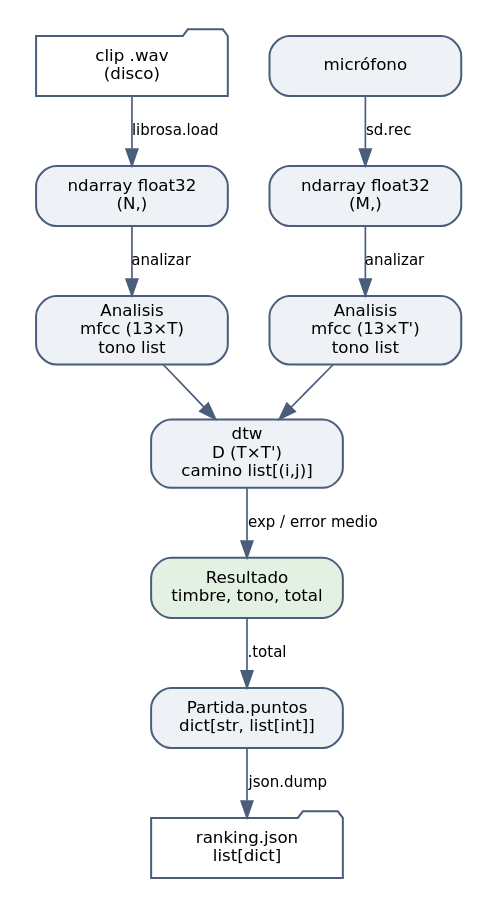
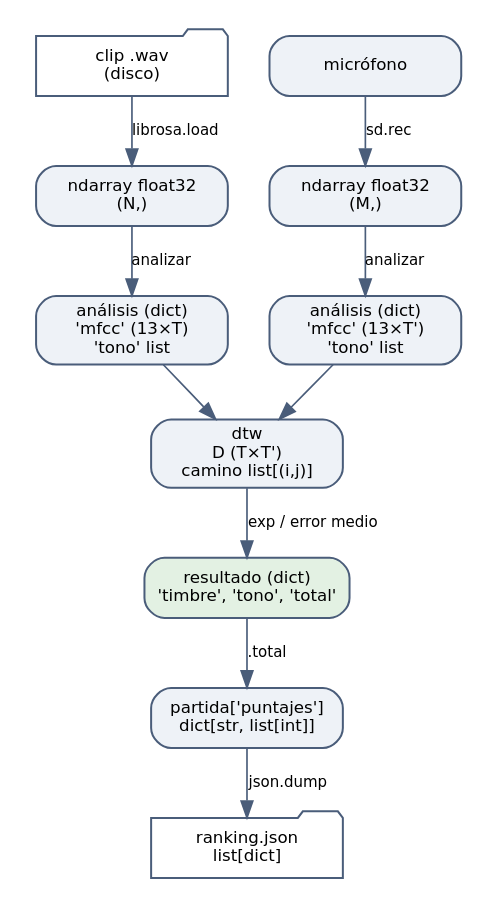
The diagram in docs/diagramas/datos.dot (ikicillof/voicer-choiser), drawn with Graphviz before and after one commit. The commit also changed 6 other files, not shown here.

Commit message:
Actualizar documentación y diagramas

```diff
--- a/docs/diagramas/datos.dot
+++ b/docs/diagramas/datos.dot
@@ -1,6 +1,6 @@
 digraph G { graph [fontname="DejaVu Sans", fontsize=11, bgcolor="white", pad=0.2, nodesep=0.35, ranksep=0.45]; node [fontname="DejaVu Sans", fontsize=10, shape=box, style="rounded,filled", fillcolor="#EEF2F7", color="#4A5D7A", penwidth=1.2]; edge [fontname="DejaVu Sans", fontsize=9, color="#4A5D7A"]; rankdir=TB; node [width=1.6];
   w [label="clip .wav\n(disco)", shape=folder, fillcolor="#FFFFFF"]; m [label="micrófono"]; y1 [label="ndarray float32\n(N,)"]; y2 [label="ndarray float32\n(M,)"];
-  a1 [label="Analisis\nmfcc (13×T)\ntono list"]; a2 [label="Analisis\nmfcc (13×T')\ntono list"]; dtw [label="dtw\nD (T×T')\ncamino list[(i,j)]"]; r [label="Resultado\ntimbre, tono, total", fillcolor="#E3F1E3"];
-  p [label="Partida.puntos\ndict[str, list[int]]"]; j [label="ranking.json\nlist[dict]", shape=folder, fillcolor="#FFFFFF"];
+  a1 [label="análisis (dict)\n'mfcc' (13×T)\n'tono' list"]; a2 [label="análisis (dict)\n'mfcc' (13×T')\n'tono' list"]; dtw [label="dtw\nD (T×T')\ncamino list[(i,j)]"]; r [label="resultado (dict)\n'timbre', 'tono', 'total'", fillcolor="#E3F1E3"];
+  p [label="partida['puntajes']\ndict[str, list[int]]"]; j [label="ranking.json\nlist[dict]", shape=folder, fillcolor="#FFFFFF"];
   w->y1 [label="librosa.load"]; m->y2 [label="sd.rec"]; y1->a1 [label="analizar"]; y2->a2 [label="analizar"]; a1->dtw; a2->dtw; dtw->r [label="exp / error medio"]; r->p [label=".total"]; p->j [label="json.dump"];
 }
```
